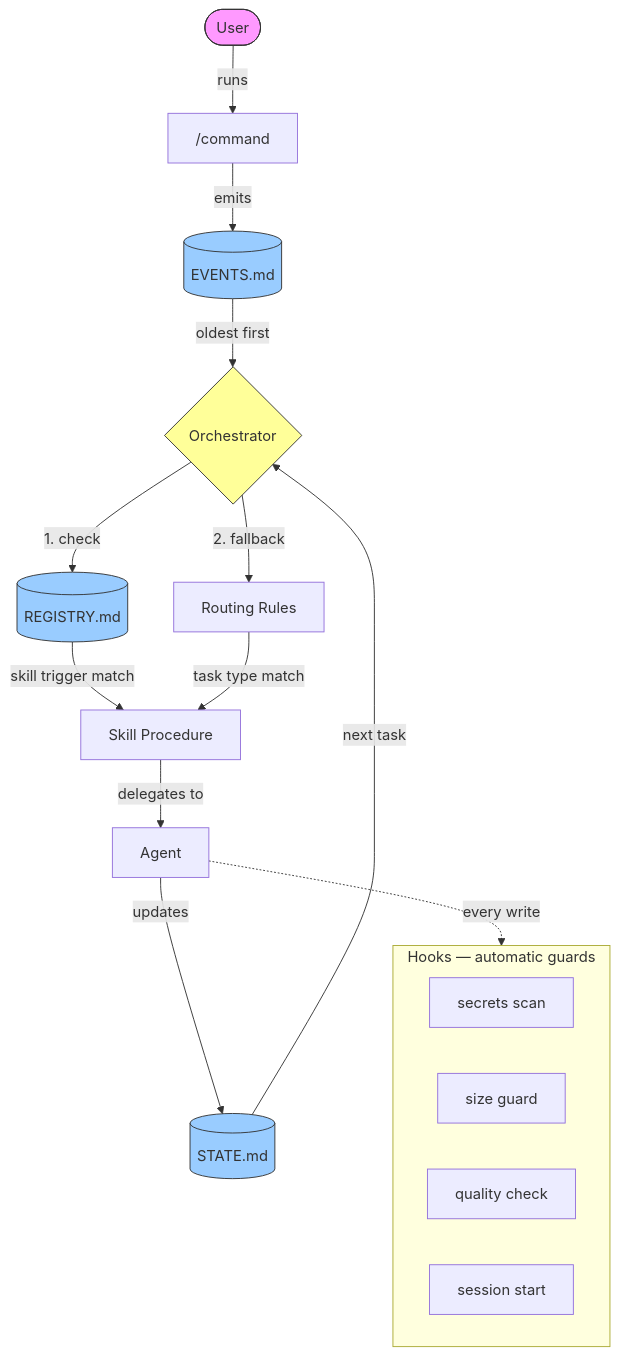
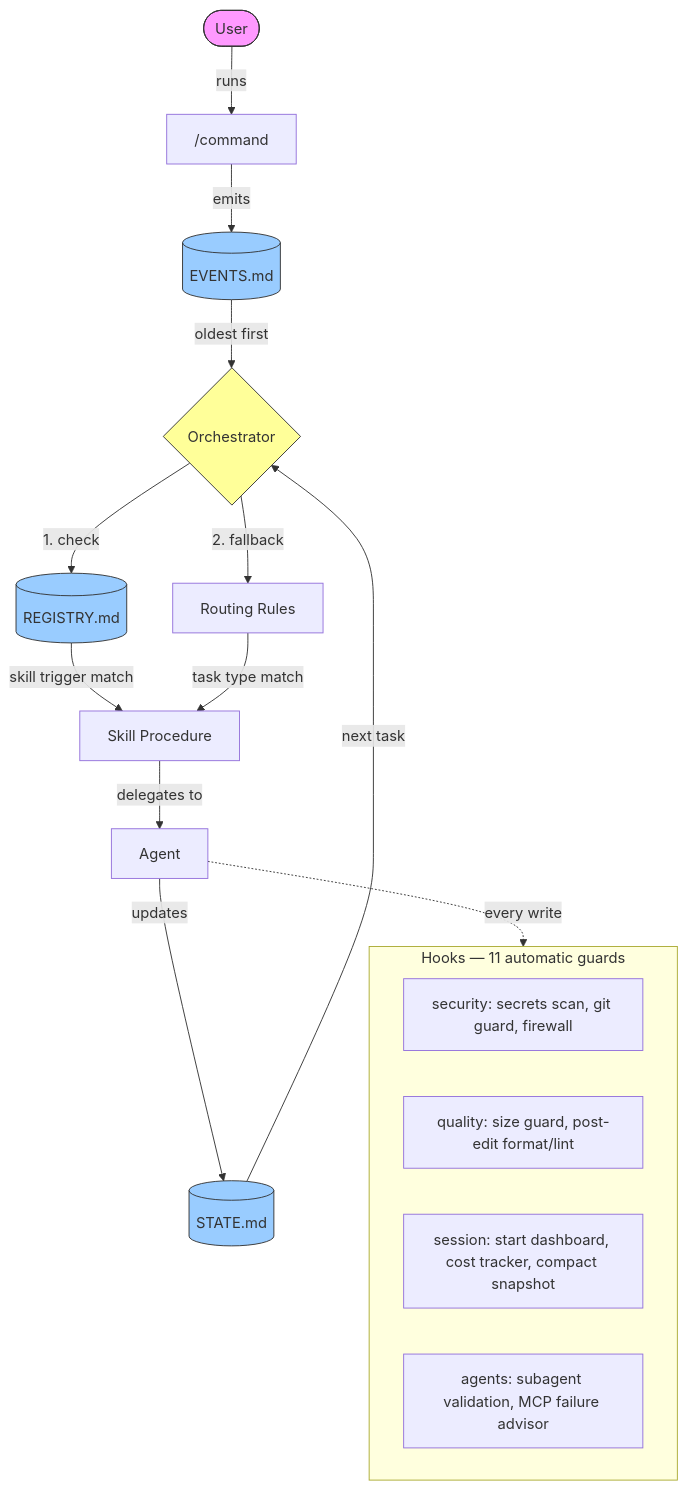
Before and after one commit to BasharAmso/AI-Orchestrator-System: the diagram in README.md, drawn with Mermaid. The commit also changed other lines of this file and 18 other files, not shown here.

First line of the commit message:
feat: v1.4.0 — failed approaches, MCP advisor, usage tracking, /learn, README scope fix

````diff
--- a/README.md
+++ b/README.md
@@ -124,28 +132,28 @@
 ```mermaid
 flowchart TD
     User([User]) -->|runs| CMD["/command"]
     CMD -->|emits| EVT[(EVENTS.md)]
     EVT -->|oldest first| ORCH{Orchestrator}
     ORCH -->|1. check| REG[(REGISTRY.md)]
     REG -->|skill trigger match| SKILL[Skill Procedure]
     ORCH -->|2. fallback| RULES[Routing Rules]
     RULES -->|task type match| SKILL
     SKILL -->|delegates to| AGENT[Agent]
     AGENT -->|updates| STATE[(STATE.md)]
     STATE -->|next task| ORCH
 
-    subgraph Hooks [Hooks — automatic guards]
-        H1[secrets scan]
-        H2[size guard]
-        H3[quality check]
-        H4[session start]
+    subgraph Hooks [Hooks — 11 automatic guards]
+        H1[security: secrets scan, git guard, firewall]
+        H2[quality: size guard, post-edit format/lint]
+        H3[session: start dashboard, cost tracker, compact snapshot]
+        H4[agents: subagent validation, MCP failure advisor]
     end
 
     AGENT -.->|every write| Hooks
 
     style User fill:#f9f,stroke:#333
     style ORCH fill:#ff9,stroke:#333
     style STATE fill:#9cf,stroke:#333
     style EVT fill:#9cf,stroke:#333
     style REG fill:#9cf,stroke:#333
 ```
````
